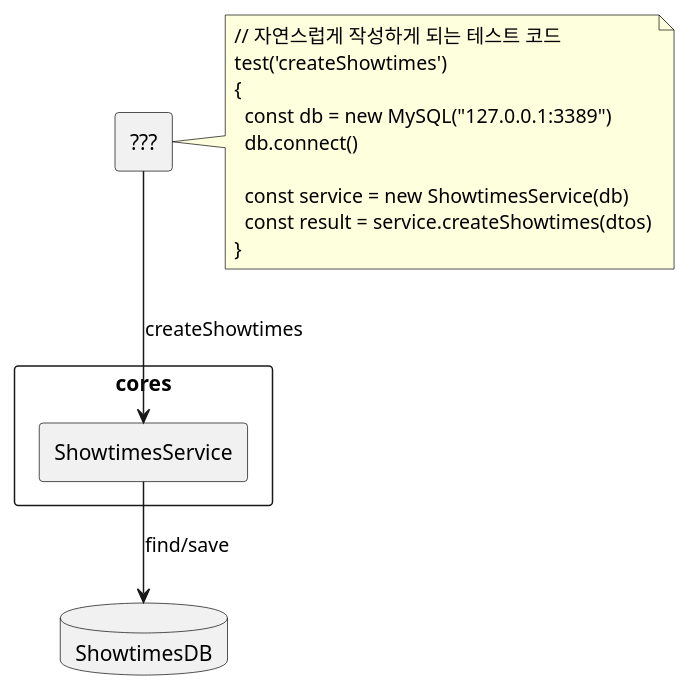
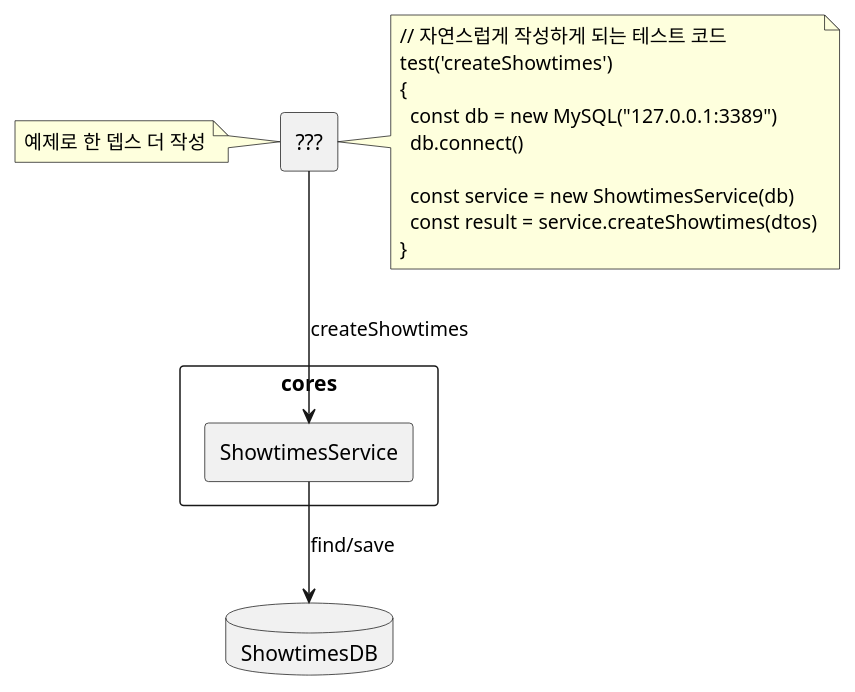
The sixth of 6 diagrams in _posts/2026-06-18-backend-design-4.md (mannercode/mannercode.github.io), drawn with PlantUML before and after one commit. The commit also changed other lines of this file, not shown here.

```diff
--- a/_posts/2026-06-18-backend-design-4.md
+++ b/_posts/2026-06-18-backend-design-4.md
@@ -274,31 +275,35 @@
 {% plantuml %}
 @startuml
 skinparam componentStyle rectangle
 skinparam packageStyle rectangle
 skinparam shadowing false
 top to bottom direction
 
 component "???" as RunnerC
+
+note left of RunnerC
+  예제로 한 뎁스 더 작성
+end note
 
 note right of RunnerC
   // 자연스럽게 작성하게 되는 테스트 코드
   test('createShowtimes')
   {
     const db = new MySQL("127.0.0.1:3389")
     db.connect()
 
     const service = new ShowtimesService(db)
     const result = service.createShowtimes(dtos)
   }
 end note
 
 package "cores" {
 component "ShowtimesService" as CShowtimes
 }
 
 database "ShowtimesDB" as SDB
 
 RunnerC --> CShowtimes :  createShowtimes
 CShowtimes --> SDB :  find/save
 @enduml
 {% endplantuml %}
```
